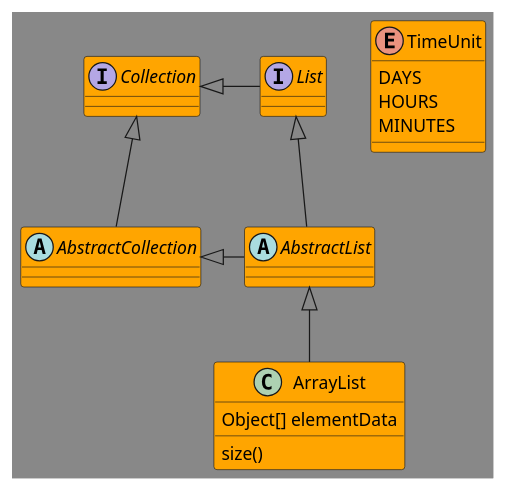
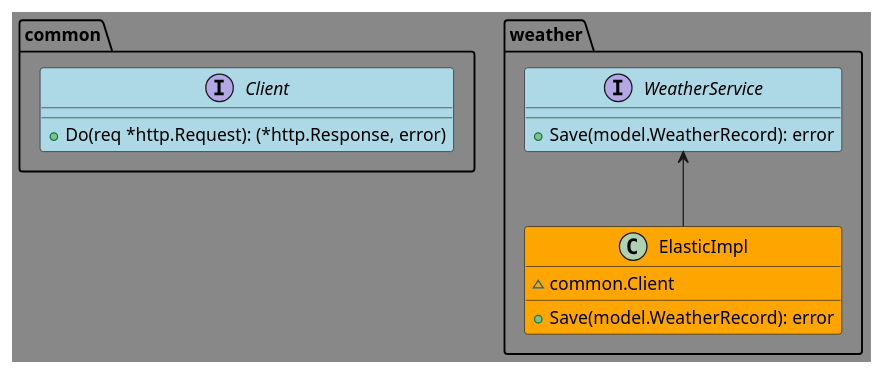
One commit to james-cathcart/indoor-weather-server changed the diagram in docs/classes.puml. Above: the diagram before and after it, drawn with PlantUML. The commit also changed 8 other files, not shown here.

Commit message:
added additional diagrams and updated README

```diff
--- a/docs/classes.puml
+++ b/docs/classes.puml
@@ -1,32 +1,25 @@
 @startuml
 'https://plantuml.com/class-diagram
 
 skinparam {
     backgroundColor #888
     classBackgroundColor #Orange
 }
 
-abstract class AbstractList
-abstract AbstractCollection
-interface List
-interface Collection
-
-List <|-- AbstractList
-Collection <|-- AbstractCollection
-
-Collection <|- List
-AbstractCollection <|- AbstractList
-AbstractList <|-- ArrayList
-
-class ArrayList {
-Object[] elementData
-size()
+interface common.Client #LightBlue {
+    +Do(req *http.Request): (*http.Response, error)
 }
 
-enum TimeUnit {
-DAYS
-HOURS
-MINUTES
+interface weather.WeatherService #LightBlue {
+    +Save(model.WeatherRecord): error
 }
 
+class weather.ElasticImpl {
+    ~common.Client
+    +Save(model.WeatherRecord): error
+}
+
+WeatherService <-- ElasticImpl
+
+
 @enduml
```
